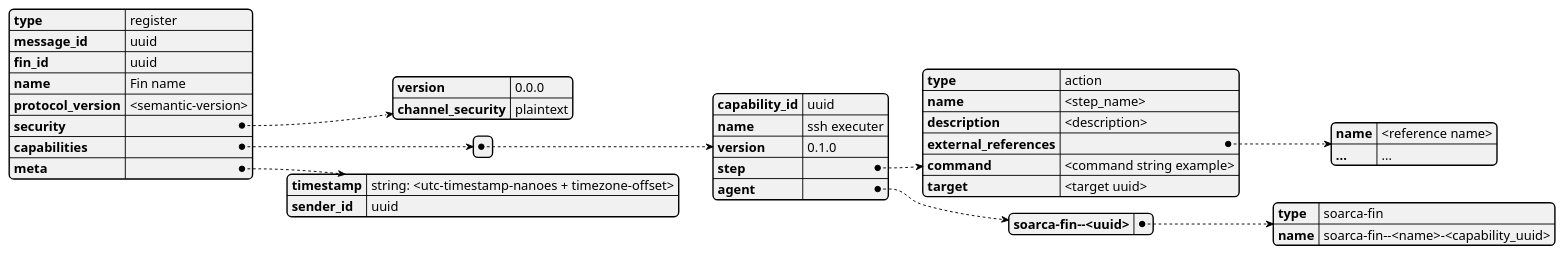
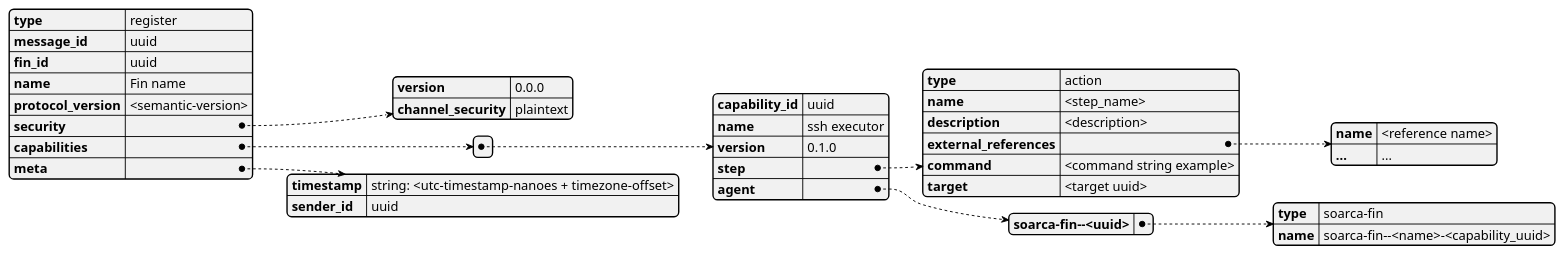
Before and after one commit to COSSAS/SOARCA: the third of 19 diagrams in docs/content/en/docs/soarca-extensions/fin-protocol.md, drawn with PlantUML. The commit also changed 16 other files, not shown here.

Commit message:
SOARCA-179: Fix spelling mistake 'executer' -> 'executor'

````diff
--- a/docs/content/en/docs/soarca-extensions/fin-protocol.md
+++ b/docs/content/en/docs/soarca-extensions/fin-protocol.md
@@ -129,45 +129,45 @@
 ```plantuml
 @startjson
 {
     "type": "register",
     "message_id": "uuid",
     "fin_id" : "uuid",
     "name": "Fin name",
     "protocol_version": "<semantic-version>",
     "security": {
         "version": "0.0.0",
         "channel_security": "plaintext"
     },
     "capabilities": [
         {
             "capability_id": "uuid",
-            "name": "ssh executer",
+            "name": "ssh executor",
             "version": "0.1.0", 
             "step": { 
                 "type": "action",
                 "name": "<step_name>",
                 "description": "<description>",
                 "external_references": { 
                     "name": "<reference name>",
                     "...": "..."
                     },
                 "command": "<command string example>",
                 "target": "<target uuid>"
             },
             "agent" : {
                 "soarca-fin--<uuid>": {
                     "type": "soarca-fin",
                     "name": "soarca-fin--<name>-<capability_uuid>"
                 }
             }
 
         }
     ],
     "meta": {
 
         "timestamp": "string: <utc-timestamp-nanoes + timezone-offset>",
         "sender_id": "uuid"
     }
 }
 @endjson
 ```
````
